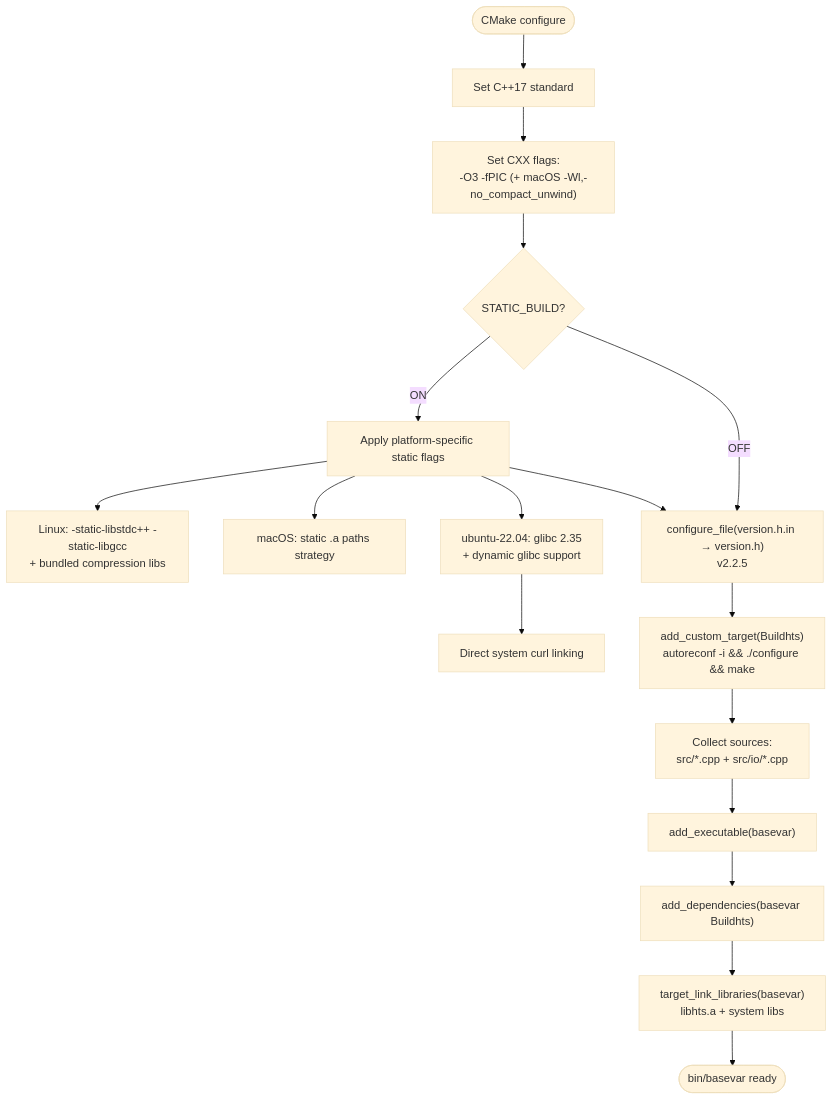
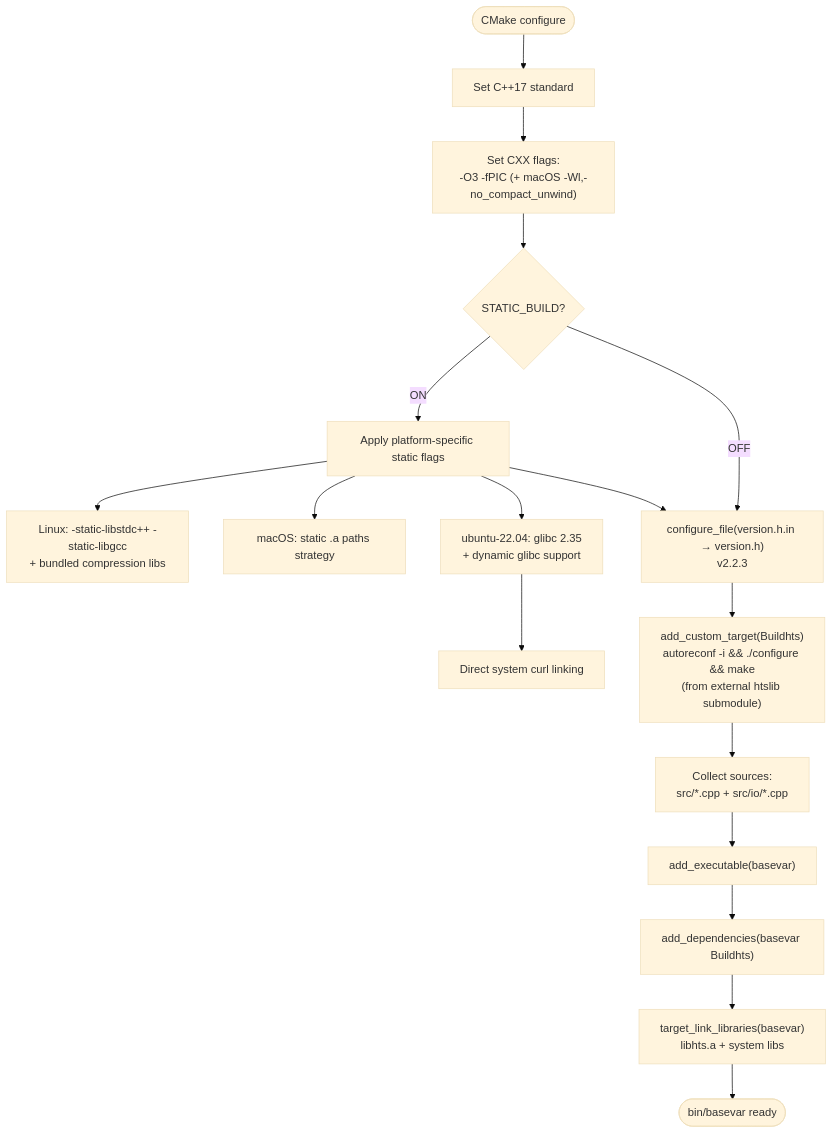
The third of 8 diagrams in .qoder/repowiki/en/content/Build System and Configuration.md (ShujiaHuang/BaseVar2), drawn with Mermaid (base theme) before and after one commit. The commit also changed other lines of this file and 6 other files, not shown here.

````diff
--- a/.qoder/repowiki/en/content/Build System and Configuration.md
+++ b/.qoder/repowiki/en/content/Build System and Configuration.md
@@ -178,19 +187,19 @@
 ```mermaid
 flowchart TD
 Start(["CMake configure"]) --> Std["Set C++17 standard"]
 Std --> Flags["Set CXX flags:<br/>-O3 -fPIC (+ macOS -Wl,-no_compact_unwind)"]
 Flags --> StaticCheck{"STATIC_BUILD?"}
 StaticCheck --> |ON| StaticCfg["Apply platform-specific static flags"]
-StaticCheck --> |OFF| VerHdr["configure_file(version.h.in → version.h)<br/>v2.2.5"]
+StaticCheck --> |OFF| VerHdr["configure_file(version.h.in → version.h)<br/>v2.2.3"]
 StaticCfg --> LinuxStatic["Linux: -static-libstdc++ -static-libgcc<br/>+ bundled compression libs"]
 StaticCfg --> MacStatic["macOS: static .a paths strategy"]
 StaticCfg --> Ubuntu2204["ubuntu-22.04: glibc 2.35<br/>+ dynamic glibc support"]
 StaticCfg --> VerHdr
 Ubuntu2204 --> CurlFlags["Direct system curl linking"]
-VerHdr --> HTSBuild["add_custom_target(Buildhts)<br/>autoreconf -i && ./configure && make"]
+VerHdr --> HTSBuild["add_custom_target(Buildhts)<br/>autoreconf -i && ./configure && make<br/>(from external htslib submodule)"]
 HTSBuild --> Srcs["Collect sources:<br/>src/*.cpp + src/io/*.cpp"]
 Srcs --> Exec["add_executable(basevar)"]
 Exec --> Deps["add_dependencies(basevar Buildhts)"]
 Deps --> Link["target_link_libraries(basevar)<br/>libhts.a + system libs"]
 Link --> End(["bin/basevar ready"])
 ```
````
